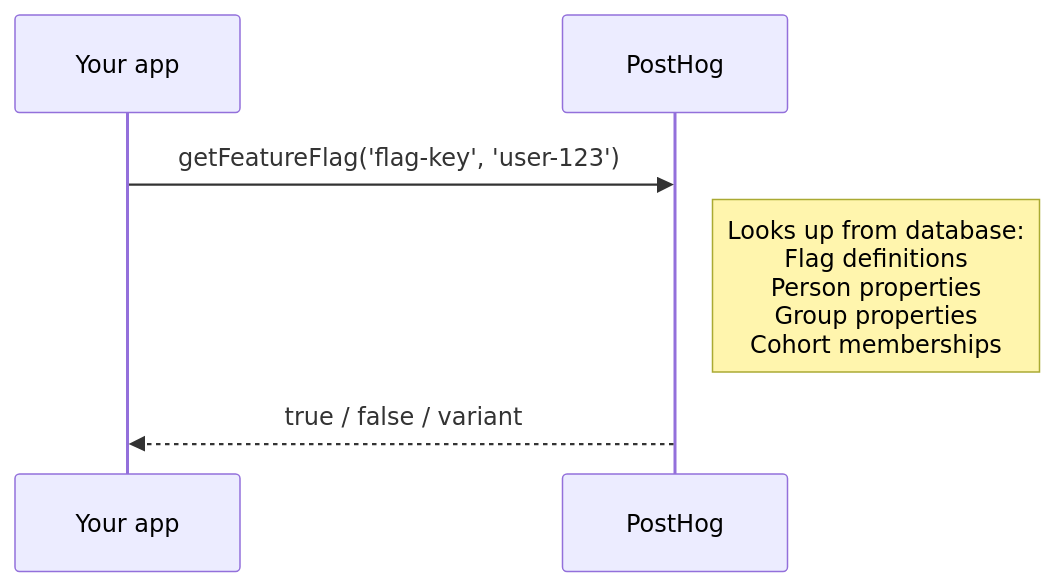
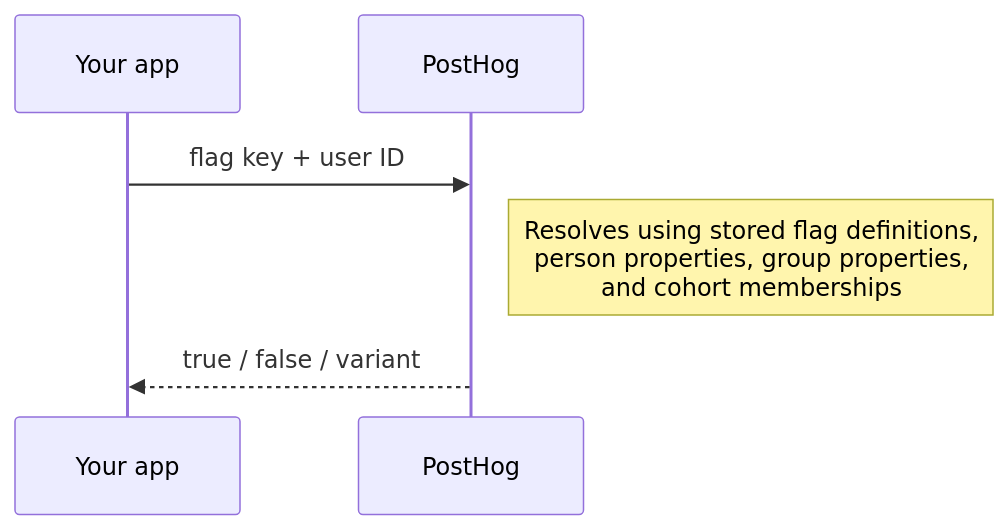
Before and after one commit to PostHog/posthog.com: the first of 2 diagrams in contents/docs/feature-flags/local-evaluation/index.mdx, drawn with Mermaid. The commit also changed other lines of this file, not shown here.

First line of the commit message:
Simplify diagrams for clarity

````diff
--- a/contents/docs/feature-flags/local-evaluation/index.mdx
+++ b/contents/docs/feature-flags/local-evaluation/index.mdx
@@ -25,8 +25,8 @@
 ```mermaid
 sequenceDiagram
     participant App as Your app
     participant PH as PostHog
-    App->>PH: getFeatureFlag('flag-key', 'user-123')
-    Note right of PH: Looks up from database:<br/>Flag definitions<br/>Person properties<br/>Group properties<br/>Cohort memberships
+    App->>PH: flag key + user ID
+    Note right of PH: Resolves using stored flag definitions,<br/>person properties, group properties,<br/>and cohort memberships
     PH-->>App: true / false / variant
 ```
````
